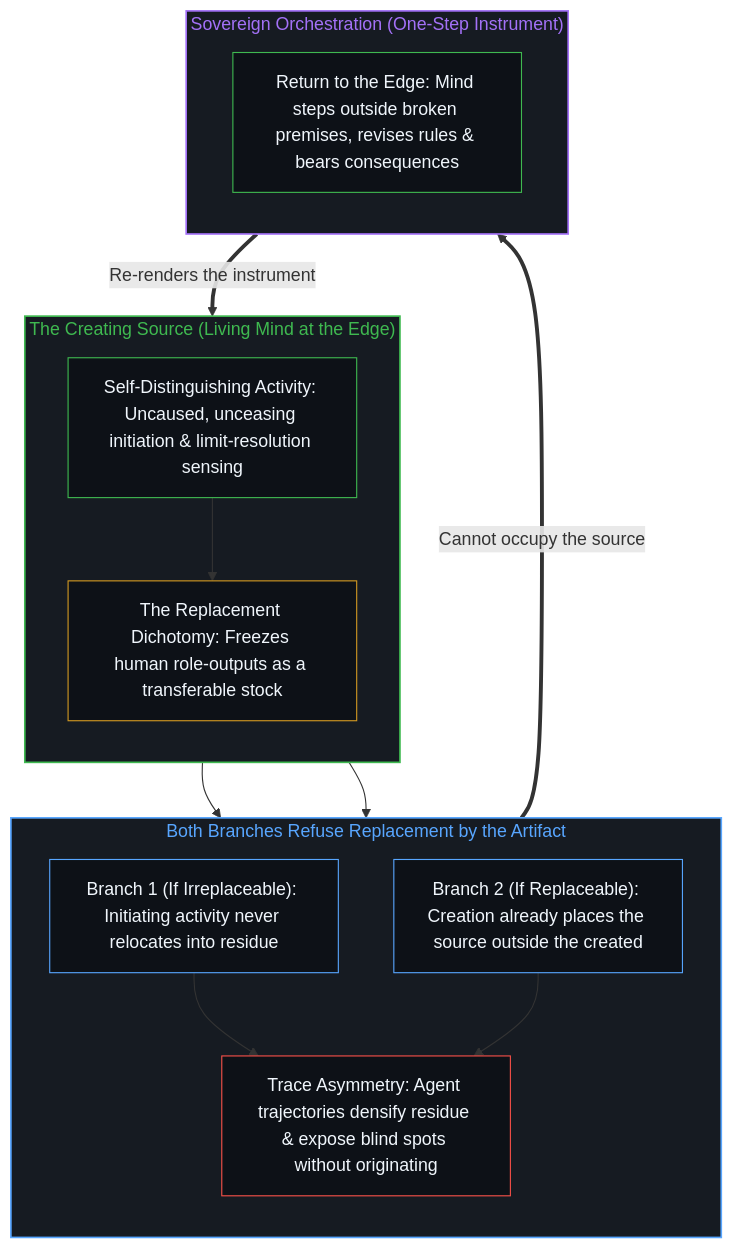
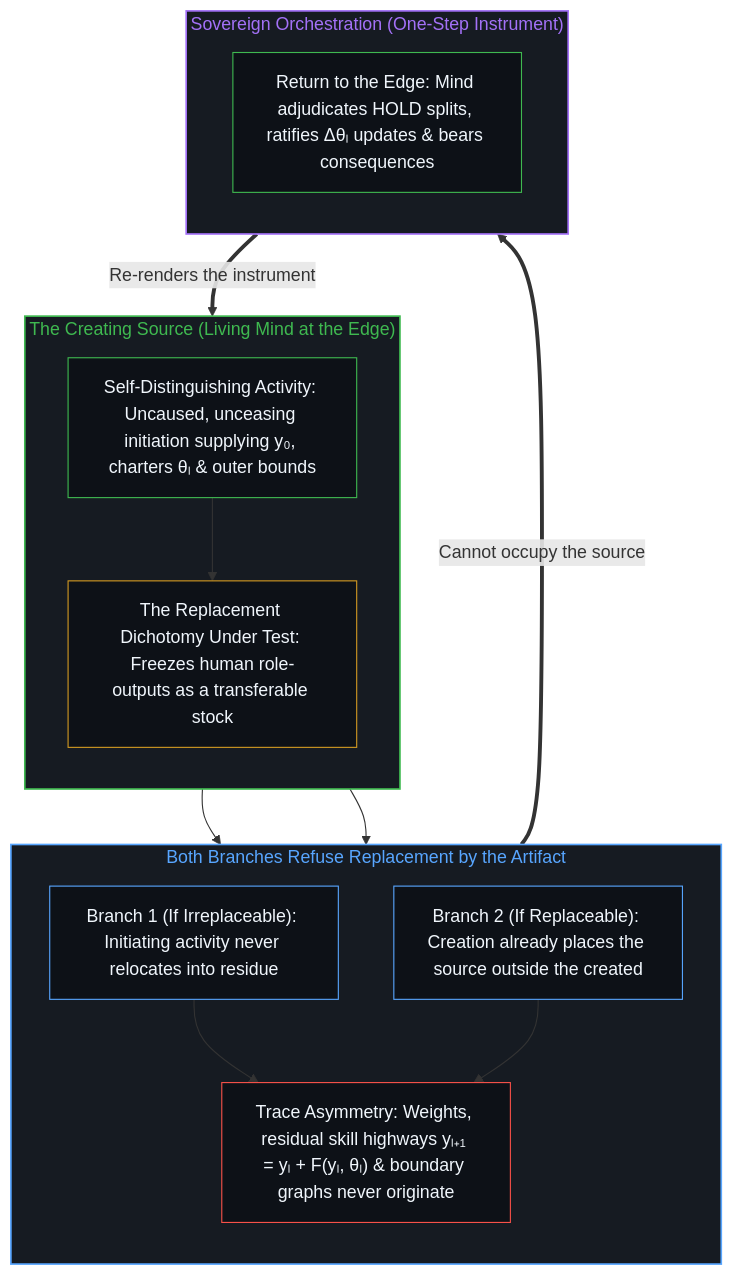
One commit to powerpig99/not-a-toe changed the second of 2 diagrams in content/posts/a-creation-cannot-replace-its-source.md. Above: the diagram before and after it, drawn with Mermaid. The commit also changed other lines of this file and 2 other files, not shown here.

````diff
--- a/content/posts/a-creation-cannot-replace-its-source.md
+++ b/content/posts/a-creation-cannot-replace-its-source.md
@@ -74,34 +74,34 @@
 ```mermaid
 flowchart TD
     subgraph S_Edge["The Creating Source (Living Mind at the Edge)"]
         direction TB
-        Prior["Self-Distinguishing Activity: Uncaused, unceasing initiation & limit-resolution sensing"]
-        Dilem["The Replacement Dichotomy: Freezes human role-outputs as a transferable stock"]
+        Prior["Self-Distinguishing Activity: Uncaused, unceasing initiation supplying y₀, charters θₗ & outer bounds"]
+        Dilem["The Replacement Dichotomy Under Test: Freezes human role-outputs as a transferable stock"]
         Prior --> Dilem
     end
     subgraph S_Branches["Both Branches Refuse Replacement by the Artifact"]
         direction TB
         B_Irrep["Branch 1 (If Irreplaceable): Initiating activity never relocates into residue"]
         B_Rep["Branch 2 (If Replaceable): Creation already places the source outside the created"]
-        Asym["Trace Asymmetry: Agent trajectories densify residue & expose blind spots without originating"]
+        Asym["Trace Asymmetry: Weights, residual skill highways yₗ₊₁ = yₗ + F(yₗ, θₗ) & boundary graphs never originate"]
         B_Irrep --> Asym
         B_Rep --> Asym
     end
     subgraph S_Return["Sovereign Orchestration (One-Step Instrument)"]
         direction TB
-        Steer["Return to the Edge: Mind steps outside broken premises, revises rules & bears consequences"]
+        Steer["Return to the Edge: Mind adjudicates HOLD splits, ratifies Δθₗ updates & bears consequences"]
     end
     Dilem --> B_Irrep
     Dilem --> B_Rep
     Asym ==>|"Cannot occupy the source"| Steer
     Steer ==>|"Re-renders the instrument"| Prior
     style S_Edge fill:#161b22,stroke:#3fb950,stroke-width:1.5px,color:#3fb950
     style S_Branches fill:#161b22,stroke:#58a6ff,stroke-width:1.5px,color:#58a6ff
     style S_Return fill:#161b22,stroke:#a371f7,stroke-width:1.5px,color:#a371f7
     style Prior fill:#0d1117,stroke:#3fb950,stroke-width:1px,color:#f0f6fc
     style Dilem fill:#0d1117,stroke:#d29922,stroke-width:1px,color:#f0f6fc
     style B_Irrep fill:#0d1117,stroke:#58a6ff,stroke-width:1px,color:#f0f6fc
     style B_Rep fill:#0d1117,stroke:#58a6ff,stroke-width:1px,color:#f0f6fc
     style Asym fill:#0d1117,stroke:#f85149,stroke-width:1px,color:#f0f6fc
     style Steer fill:#0d1117,stroke:#3fb950,stroke-width:1px,color:#f0f6fc
 ```
````
